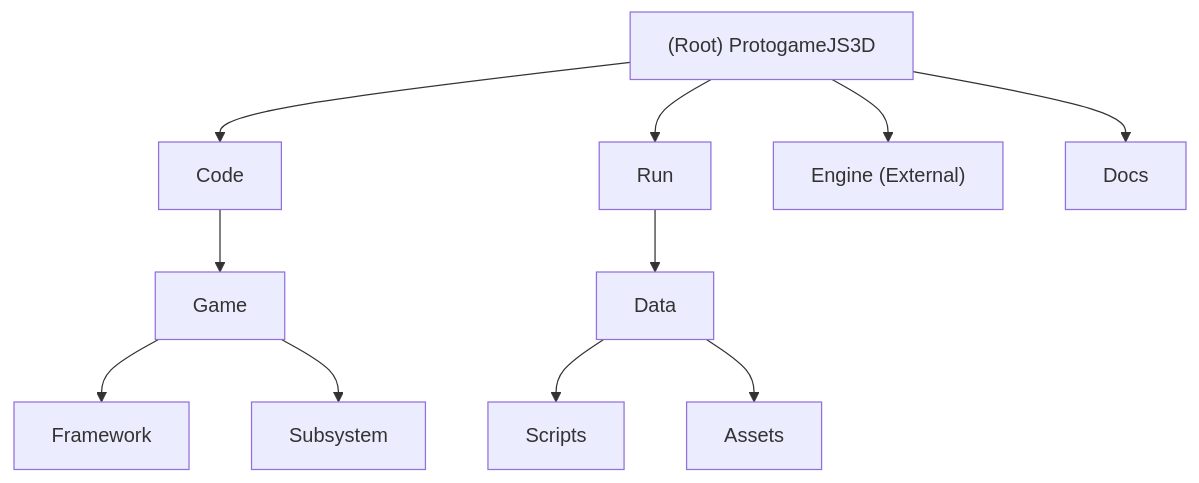
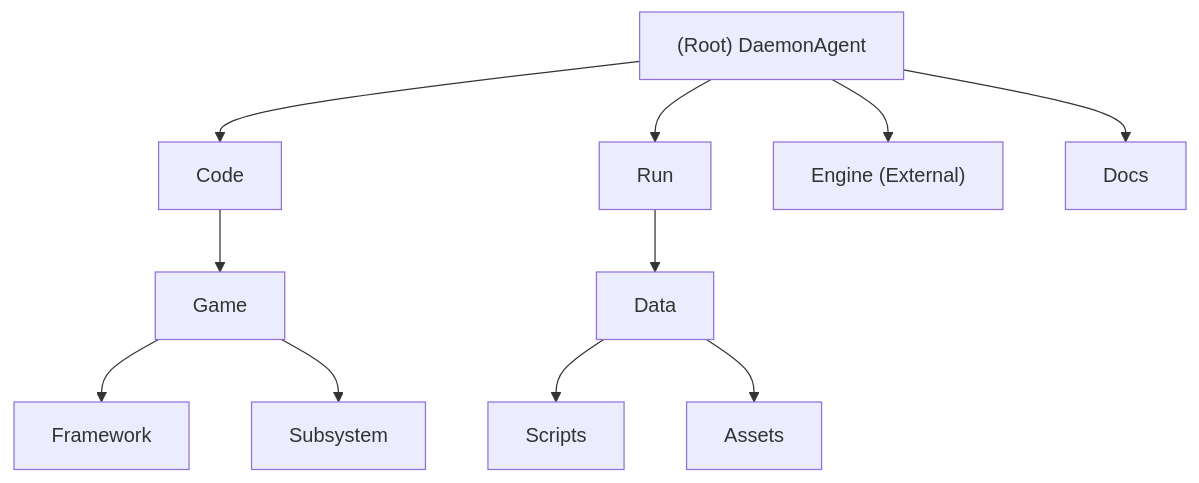
One commit to dadavidtseng/DaemonAgent changed the diagram in CLAUDE.md. Above: the diagram before and after it, drawn with Mermaid. The commit also changed other lines of this file and 7 other files, not shown here.

First line of the commit message:
refactor: rename ProtogameJS3D to DaemonAgent across configs and docs

````diff
--- a/CLAUDE.md
+++ b/CLAUDE.md
@@ -76,18 +76,18 @@
 ```mermaid
 graph TD
-    A["(Root) ProtogameJS3D"] --> B["Code"];
+    A["(Root) DaemonAgent"] --> B["Code"];
     B --> C["Game"];
     C --> D["Framework"];
     C --> E["Subsystem"];
     A --> F["Run"];
     F --> G["Data"];
     G --> H["Scripts"];
     G --> I["Assets"];
     A --> J["Engine (External)"];
     A --> K["Docs"];
 
     click C "./Code/Game/CLAUDE.md" "View Game module documentation"
     click H "./Run/Data/Scripts/CLAUDE.md" "View JavaScript module documentation"
     click G "./Run/Data/CLAUDE.md" "View Assets module documentation"
     click J "../Engine/CLAUDE.md" "View Engine module documentation"
 ```
````
